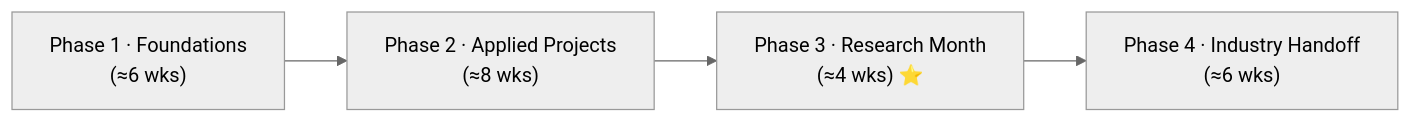
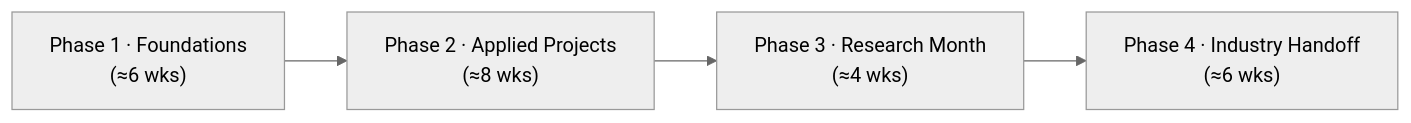
The diagram in README.md (khanaiml/academia-industry-bridge-ml), drawn with Mermaid (neutral theme) before and after one commit. The commit also changed other lines of this file, not shown here.

````diff
--- a/README.md
+++ b/README.md
@@ -56,6 +56,6 @@
 ```mermaid
 flowchart LR
     A["Phase 1 · Foundations<br/>(≈6 wks)"] --> B["Phase 2 · Applied Projects<br/>(≈8 wks)"]
-    B --> C["Phase 3 · Research Month<br/>(≈4 wks) ⭐"]
+    B --> C["Phase 3 · Research Month<br/>(≈4 wks)"]
     C --> D["Phase 4 · Industry Handoff<br/>(≈6 wks)"]
 ```
````
